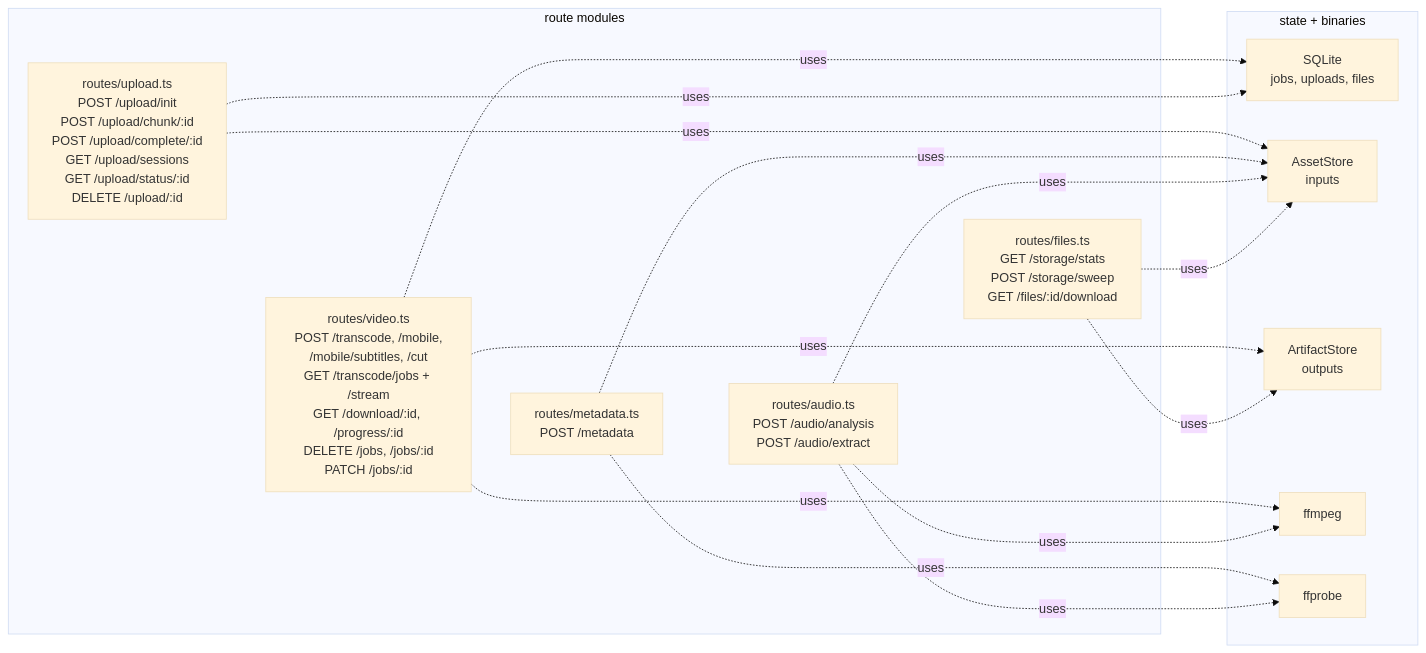
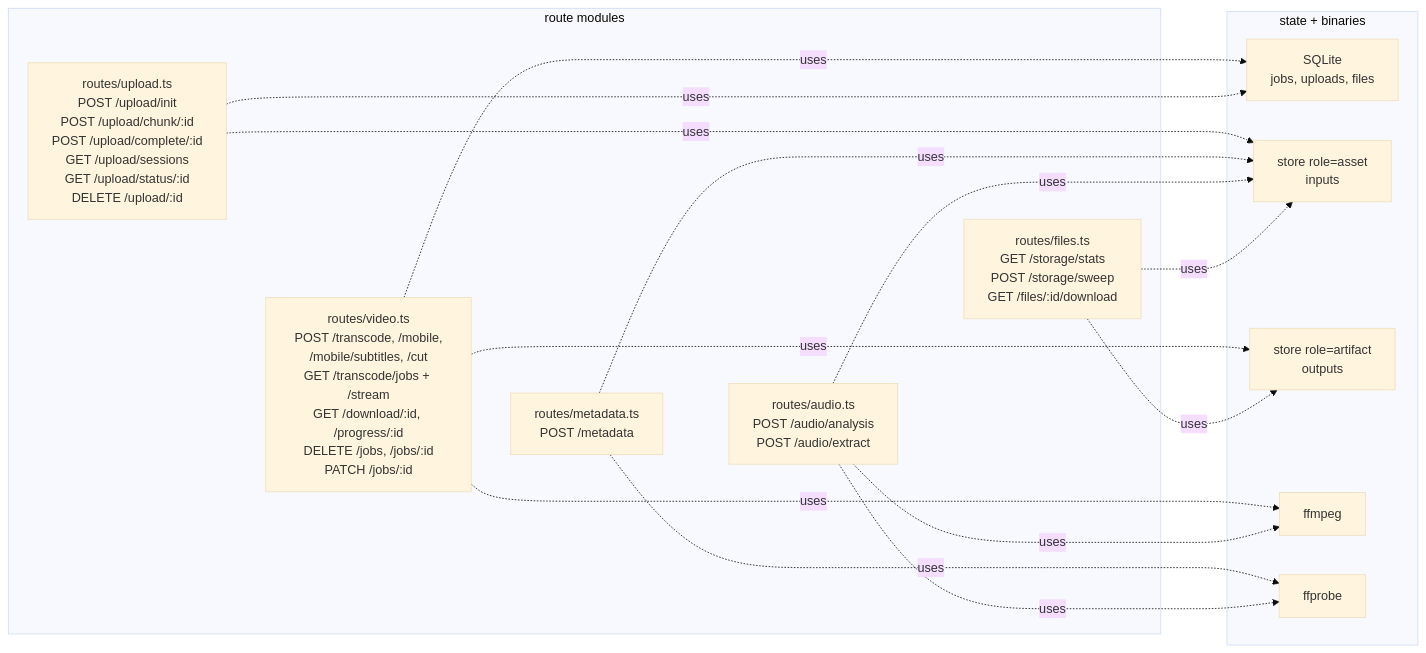
One commit to Iipal/ffmpego_editor changed the second of 6 diagrams in apps/api/README.md. Above: the diagram before and after it, drawn with Mermaid (base theme). The commit also changed other lines of this file and 18 other files, not shown here.

````diff
--- a/apps/api/README.md
+++ b/apps/api/README.md
@@ -38,26 +38,26 @@
 ```mermaid
 flowchart LR
     subgraph Modules["route modules"]
         U["routes/upload.ts<br/>POST /upload/init<br/>POST /upload/chunk/:id<br/>POST /upload/complete/:id<br/>GET /upload/sessions<br/>GET /upload/status/:id<br/>DELETE /upload/:id"]
         V["routes/video.ts<br/>POST /transcode, /mobile,<br/>/mobile/subtitles, /cut<br/>GET /transcode/jobs + /stream<br/>GET /download/:id, /progress/:id<br/>DELETE /jobs, /jobs/:id<br/>PATCH /jobs/:id"]
         MD["routes/metadata.ts<br/>POST /metadata"]
         AU["routes/audio.ts<br/>POST /audio/analysis<br/>POST /audio/extract"]
         F["routes/files.ts<br/>GET /storage/stats<br/>POST /storage/sweep<br/>GET /files/:id/download"]
     end
 
     U ~~~ V ~~~ MD ~~~ AU ~~~ F
 
     subgraph State["state + binaries"]
         DB["SQLite<br/>jobs, uploads, files"]
-        AS["AssetStore<br/>inputs"]
-        AR["ArtifactStore<br/>outputs"]
+        AS["store role=asset<br/>inputs"]
+        AR["store role=artifact<br/>outputs"]
         FF["ffmpeg"]
         FP["ffprobe"]
     end
 
     V -. uses .-> DB & AR & FF
     U -. uses .-> DB & AS
     MD -. uses .-> FP & AS
     AU -. uses .-> FF & FP & AS
     F -. uses .-> AS & AR
 ```
````
